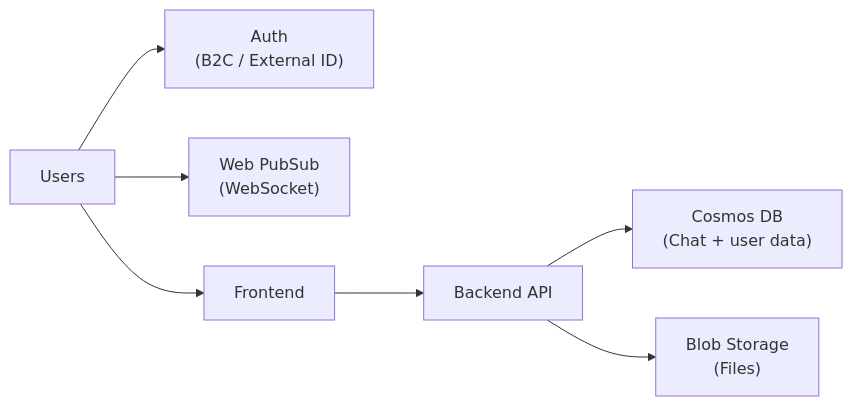
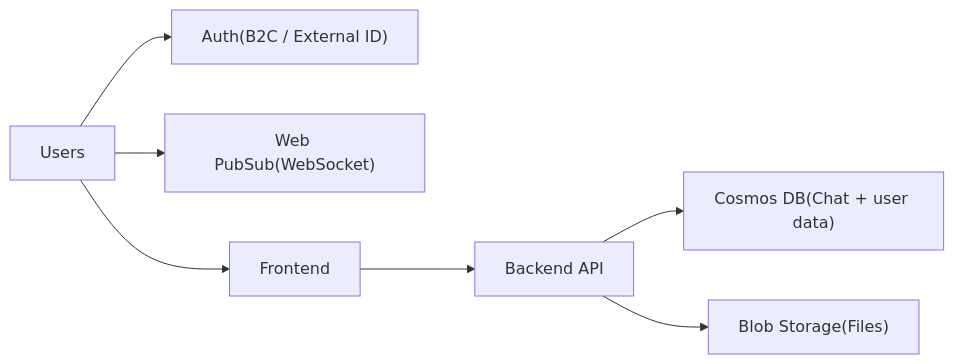
One commit to XinyiZhao-cloud/CST8912_Group_Project changed the diagram in Overview.md. Above: the diagram before and after it, drawn with Mermaid.

````diff
--- a/Overview.md
+++ b/Overview.md
@@ -5,9 +5,9 @@
 ```mermaid
 flowchart LR
-  U["Users"] --> ID["Auth\n(B2C / External ID)"]
-  U --> WPS["Web PubSub\n(WebSocket)"]
+  U["Users"] --> ID["Auth(B2C / External ID)"]
+  U --> WPS["Web PubSub(WebSocket)"]
   U --> FE["Frontend"]
   FE --> API["Backend API"]
-  API --> DB["Cosmos DB\n(Chat + user data)"]
-  API --> BL["Blob Storage\n(Files)"]
+  API --> DB["Cosmos DB(Chat + user data)"]
+  API --> BL["Blob Storage(Files)"]
 ```
````
